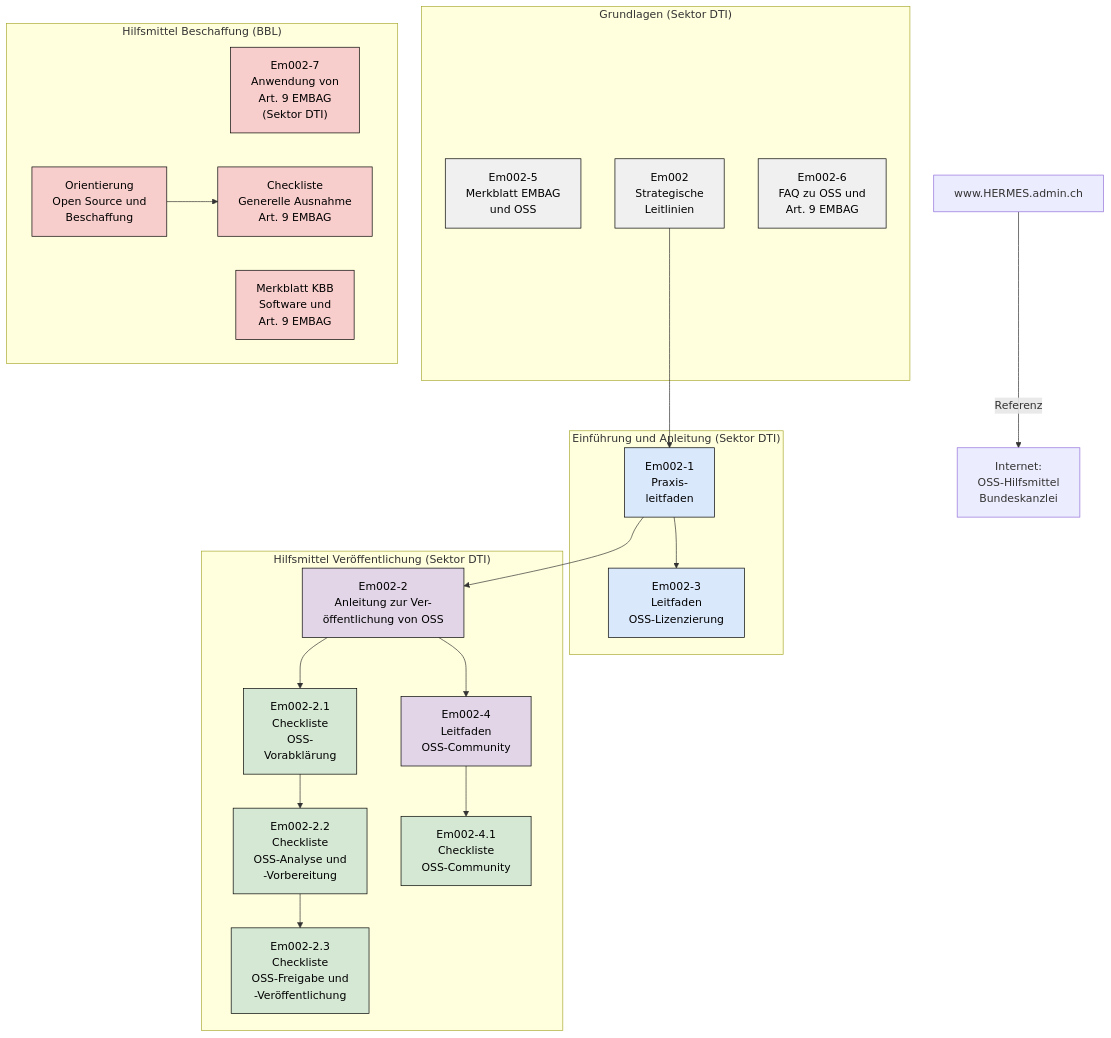
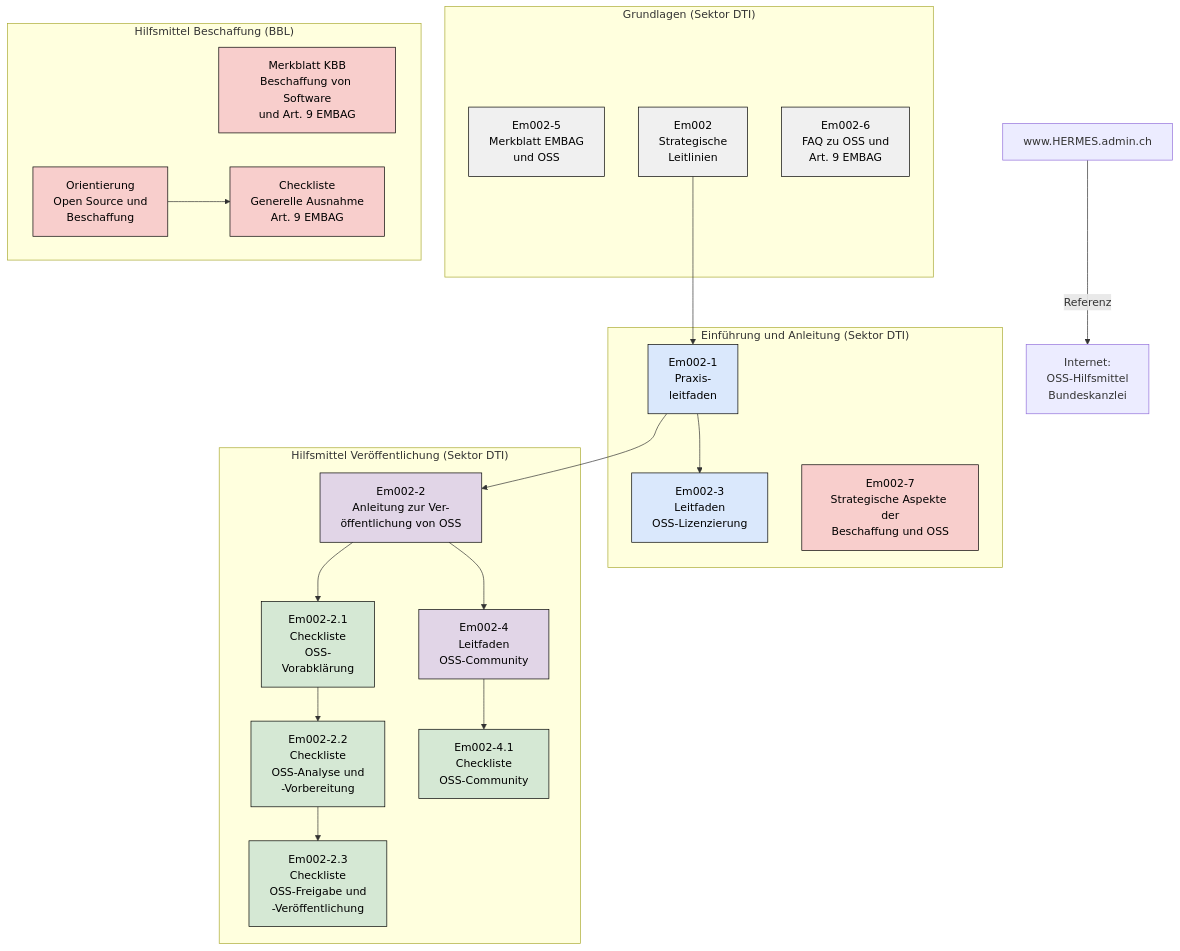
Before and after one commit to 736-c41-2c1-e464fc974/opensource-guidelines: the diagram in docs/partials/document-map.de.adoc, drawn with Mermaid. The commit also changed 4 other files, not shown here.

```diff
--- a/docs/partials/document-map.de.adoc
+++ b/docs/partials/document-map.de.adoc
@@ -2,55 +2,55 @@
 [mermaid,align="center",alt="Übersicht über die OSS-Hilfsmittel im Zusammenhang mit Art. 9 EMBAG"]
 ....
 flowchart TD
     subgraph FUND["Grundlagen (Sektor DTI)"]
         EM0025["Em002-5<br/>Merkblatt EMBAG<br/>und OSS"]
         EM002["Em002<br/>Strategische<br/>Leitlinien"]
         EM0026["Em002-6<br/>FAQ zu OSS und<br/>Art. 9 EMBAG"]
     end
 
     subgraph INTRO["Einführung und Anleitung (Sektor DTI)"]
         EM0021["Em002-1<br/>Praxis-<br/>leitfaden"]
         EM0023["Em002-3<br/>Leitfaden<br/>OSS-Lizenzierung"]
+        EM0027["Em002-7<br/>Strategische Aspekte der<br/>Beschaffung und OSS"]
     end
 
     subgraph PUB["Hilfsmittel Veröffentlichung (Sektor DTI)"]
         EM0022["Em002-2<br/>Anleitung zur Ver-<br/>öffentlichung von OSS"]
         EM0024["Em002-4<br/>Leitfaden<br/>OSS-Community"]
         CL21["Em002-2.1<br/>Checkliste<br/>OSS-<br/>Vorabklärung"]
         CL22["Em002-2.2<br/>Checkliste<br/>OSS-Analyse und<br/>-Vorbereitung"]
         CL23["Em002-2.3<br/>Checkliste<br/>OSS-Freigabe und<br/>-Veröffentlichung"]
         CL41["Em002-4.1<br/>Checkliste<br/>OSS-Community"]
     end
 
     subgraph PROC["Hilfsmittel Beschaffung (BBL)"]
-        EM0027["Em002-7<br/>Anwendung von<br/>Art. 9 EMBAG<br/>(Sektor DTI)"]
-        KBB["Merkblatt KBB<br/>Software und<br/>Art. 9 EMBAG"]
+        KBB["Merkblatt KBB<br/>Beschaffung von Software<br/>und Art. 9 EMBAG"]
         ORI["Orientierung<br/>Open Source und<br/>Beschaffung"]
         CLEX["Checkliste<br/>Generelle Ausnahme<br/>Art. 9 EMBAG"]
     end
 
     HERMES["www.HERMES.admin.ch"]
     FCHOSS["Internet:<br/>OSS-Hilfsmittel<br/>Bundeskanzlei"]
 
     EM002 --> EM0021
     EM0021 --> EM0023
     EM0021 --> EM0022
     EM0022 --> EM0024
     EM0022 --> CL21
     CL21 --> CL22
     CL22 --> CL23
     EM0024 --> CL41
     ORI --> CLEX
     HERMES -->|"Referenz"| FCHOSS
 
     classDef fund fill:#f0f0f0,stroke:#000000,color:#000000
     classDef intro fill:#dae8fc,stroke:#000000,color:#000000
     classDef pub fill:#e1d5e7,stroke:#000000,color:#000000
     classDef check fill:#d5e8d4,stroke:#000000,color:#000000
     classDef proc fill:#f8cecc,stroke:#000000,color:#000000
     class EM002,EM0025,EM0026 fund
     class EM0021,EM0023 intro
     class EM0022,EM0024 pub
     class CL21,CL22,CL23,CL41 check
     class EM0027,KBB,ORI,CLEX proc
 ....
```
